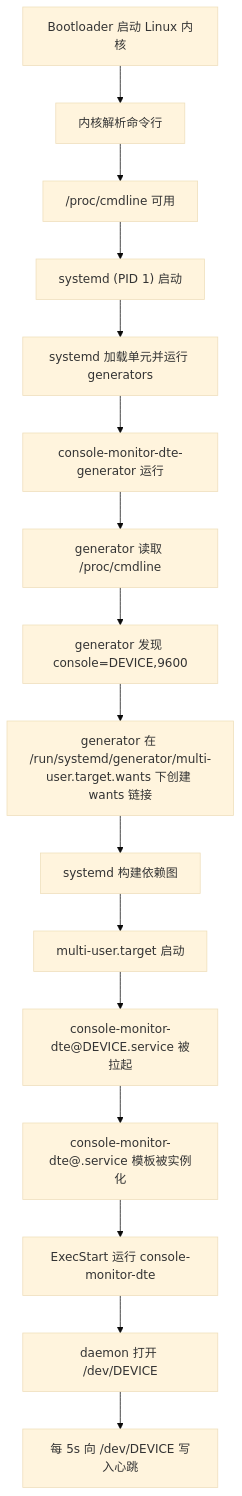
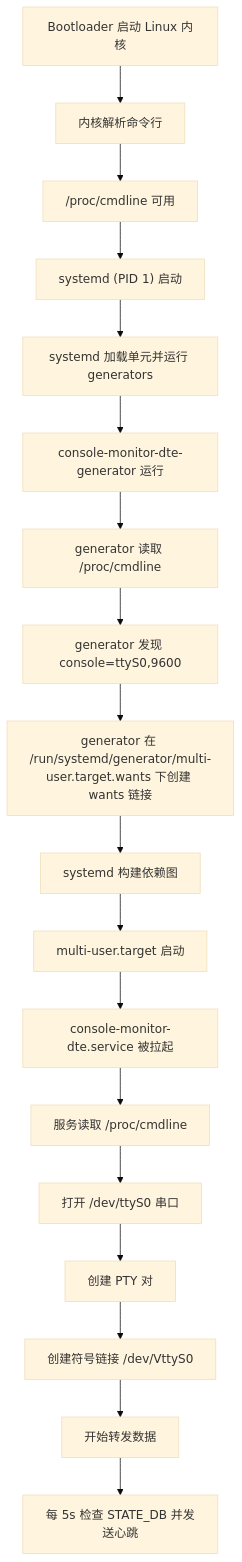
Before and after one commit to wiperi/consoled: the third of 4 diagrams in docs/Console-Monitor-HLD-CN.md, drawn with Mermaid (base theme). The commit also changed other lines of this file and 1 other file, not shown here.

Commit message:
feat: dte now support creating pty pair, check configg db for heartbeat

````diff
--- a/docs/Console-Monitor-HLD-CN.md
+++ b/docs/Console-Monitor-HLD-CN.md
@@ -380,18 +440,20 @@
 ```mermaid
 flowchart TD
   A["Bootloader 启动 Linux 内核"] --> B["内核解析命令行"]
   B --> C["/proc/cmdline 可用"]
   C --> D["systemd (PID 1) 启动"]
   D --> E["systemd 加载单元并运行 generators"]
   E --> F["console-monitor-dte-generator 运行"]
   F --> G["generator 读取 /proc/cmdline"]
-  G --> H["generator 发现 console=DEVICE,9600"]
+  G --> H["generator 发现 console=ttyS0,9600"]
   H --> I["generator 在 /run/systemd/generator/multi-user.target.wants 下创建 wants 链接"]
   I --> J["systemd 构建依赖图"]
   J --> K["multi-user.target 启动"]
-  K --> L["console-monitor-dte@DEVICE.service 被拉起"]
-  L --> M["console-monitor-dte@.service 模板被实例化"]
-  M --> N["ExecStart 运行 console-monitor-dte"]
-  N --> O["daemon 打开 /dev/DEVICE"]
-  O --> P["每 5s 向 /dev/DEVICE 写入心跳"]
+  K --> L["console-monitor-dte.service 被拉起"]
+  L --> M["服务读取 /proc/cmdline"]
+  M --> N["打开 /dev/ttyS0 串口"]
+  N --> O["创建 PTY 对"]
+  O --> P["创建符号链接 /dev/VttyS0"]
+  P --> Q["开始转发数据"]
+  Q --> R["每 5s 检查 STATE_DB 并发送心跳"]
 ```
````
